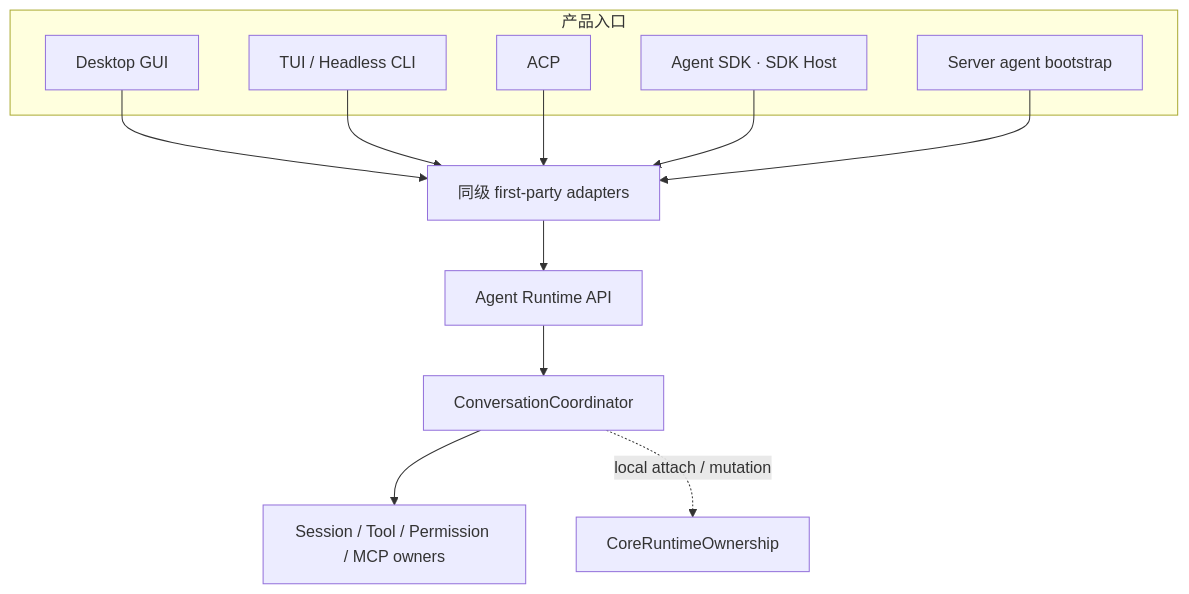
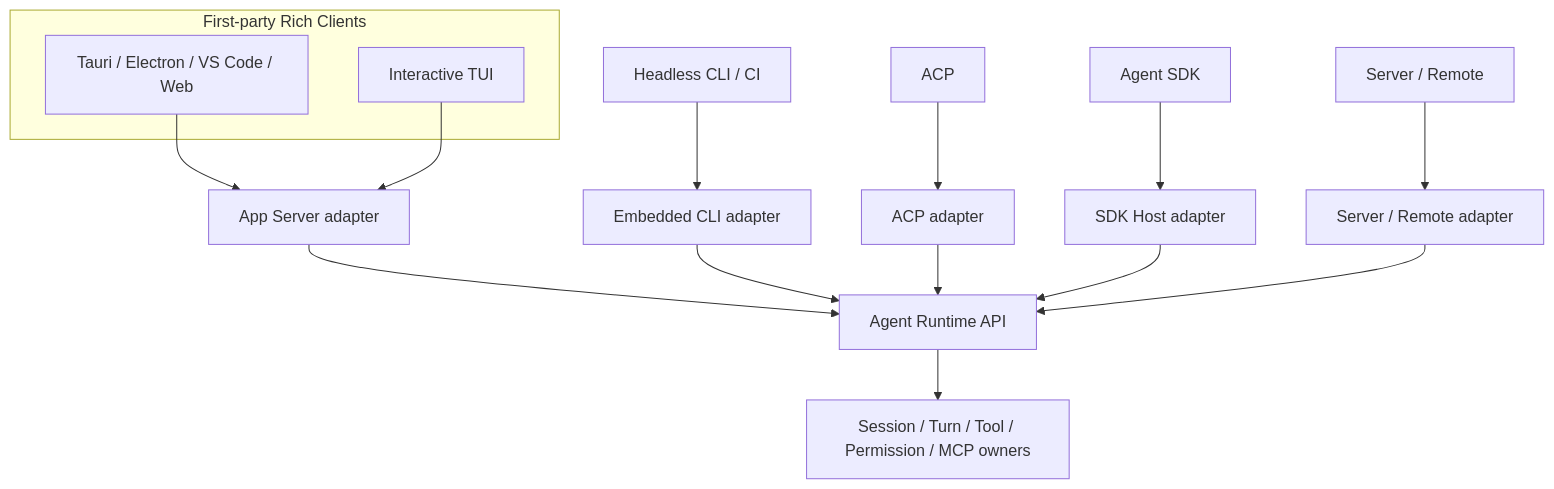
Before and after one commit to GCWing/BitFun: the first of 6 diagrams in docs/architecture/agent-runtime-deployment-design.md, drawn with Mermaid. The commit also changed other lines of this file and 13 other files, not shown here.

Commit message:
feat(doct): add app server design

````diff
--- a/docs/architecture/agent-runtime-deployment-design.md
+++ b/docs/architecture/agent-runtime-deployment-design.md
@@ -13,20 +20,26 @@
 ```mermaid
 flowchart TB
-  subgraph "产品入口"
-    GUI["Desktop GUI"]
-    TUI["TUI / Headless CLI"]
-    ACP["ACP"]
-    SDK["Agent SDK · SDK Host"]
-    Server["Server agent bootstrap"]
+  subgraph RichClients["First-party Rich Clients"]
+    GUI["Tauri / Electron / VS Code / Web"]
+    TUI["Interactive TUI"]
   end
 
-  GUI --> Adapter["同级 first-party adapters"]
-  TUI --> Adapter
-  ACP --> Adapter
-  SDK --> Adapter
-  Server --> Adapter
-  Adapter --> API["Agent Runtime API"]
-  API --> Coordinator["ConversationCoordinator"]
-  Coordinator --> Owners["Session / Tool / Permission / MCP owners"]
-  Coordinator -. "local attach / mutation" .-> Ownership["CoreRuntimeOwnership"]
+  Headless["Headless CLI / CI"]
+  ACP["ACP"]
+  SDK["Agent SDK"]
+  Remote["Server / Remote"]
+
+  GUI --> App["App Server adapter"]
+  TUI --> App
+  Headless --> Direct["Embedded CLI adapter"]
+  ACP --> ACPA["ACP adapter"]
+  SDK --> SDKH["SDK Host adapter"]
+  Remote --> RemoteA["Server / Remote adapter"]
+
+  App --> API["Agent Runtime API"]
+  Direct --> API
+  ACPA --> API
+  SDKH --> API
+  RemoteA --> API
+  API --> Owners["Session / Turn / Tool / Permission / MCP owners"]
 ```
````
